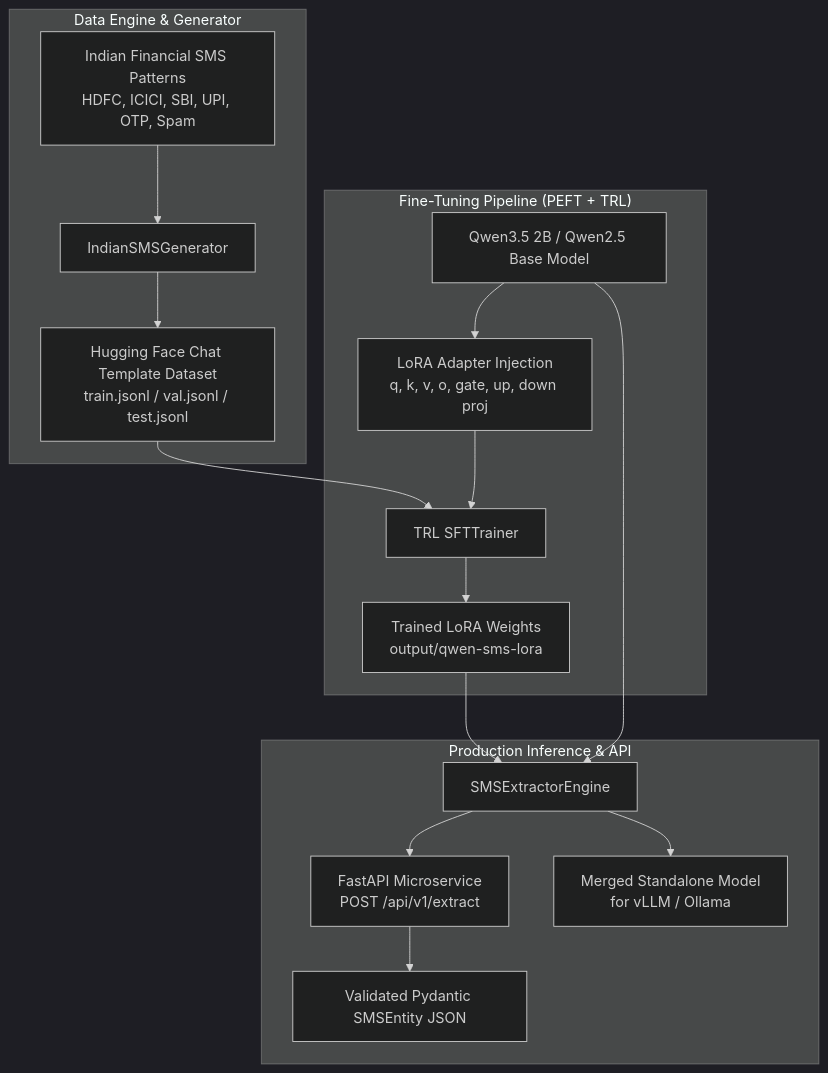
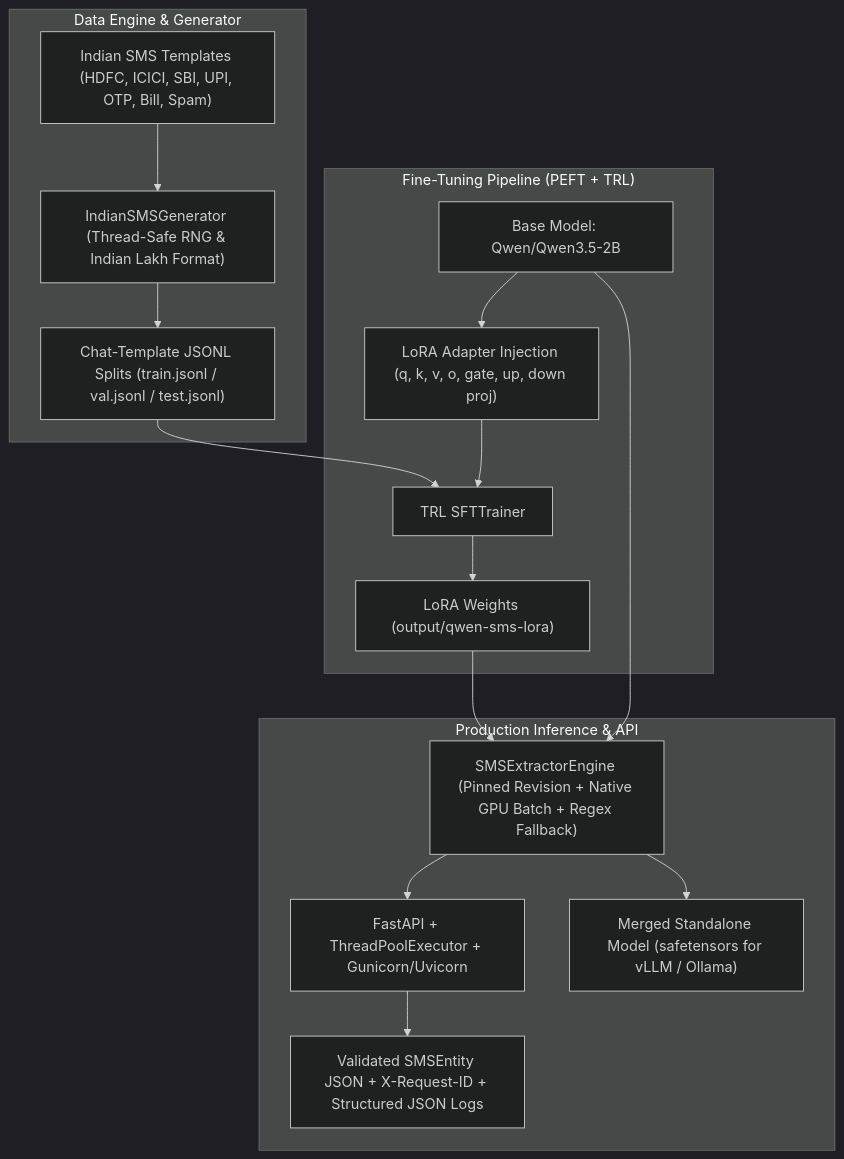
The diagram in README.md (parthsojitra/SLMTraining), drawn with Mermaid (dark theme) before and after one commit. The commit also changed other lines of this file and 3 other files, not shown here.

Commit message:
docs: update README with comprehensive architecture and feature details

````diff
--- a/README.md
+++ b/README.md
@@ -33,22 +34,22 @@
 ```mermaid
 flowchart TD
     subgraph DataEngine ["Data Engine & Generator"]
-        A[Indian Financial SMS Patterns\nHDFC, ICICI, SBI, UPI, OTP, Spam] --> B[IndianSMSGenerator]
-        B --> C[Hugging Face Chat Template Dataset\ntrain.jsonl / val.jsonl / test.jsonl]
+        A["Indian SMS Templates (HDFC, ICICI, SBI, UPI, OTP, Bill, Spam)"] --> B["IndianSMSGenerator (Thread-Safe RNG & Indian Lakh Format)"]
+        B --> C["Chat-Template JSONL Splits (train.jsonl / val.jsonl / test.jsonl)"]
     end
 
     subgraph TrainingPipeline ["Fine-Tuning Pipeline (PEFT + TRL)"]
-        D[Qwen3.5 2B / Qwen2.5 Base Model] --> E[LoRA Adapter Injection\nq, k, v, o, gate, up, down proj]
-        C --> F[TRL SFTTrainer]
+        D["Base Model: Qwen/Qwen3.5-2B"] --> E["LoRA Adapter Injection (q, k, v, o, gate, up, down proj)"]
+        C --> F["TRL SFTTrainer"]
         E --> F
-        F --> G[Trained LoRA Weights\noutput/qwen-sms-lora]
+        F --> G["LoRA Weights (output/qwen-sms-lora)"]
     end
 
     subgraph ProductionServing ["Production Inference & API"]
-        G --> H[SMSExtractorEngine]
+        G --> H["SMSExtractorEngine (Pinned Revision + Native GPU Batch + Regex Fallback)"]
         D --> H
-        H --> I[FastAPI Microservice\nPOST /api/v1/extract]
-        H --> J[Merged Standalone Model\nfor vLLM / Ollama]
-        I --> K[Validated Pydantic SMSEntity JSON]
+        H --> I["FastAPI + ThreadPoolExecutor + Gunicorn/Uvicorn"]
+        H --> J["Merged Standalone Model (safetensors for vLLM / Ollama)"]
+        I --> K["Validated SMSEntity JSON + X-Request-ID + Structured JSON Logs"]
     end
 ```
````
